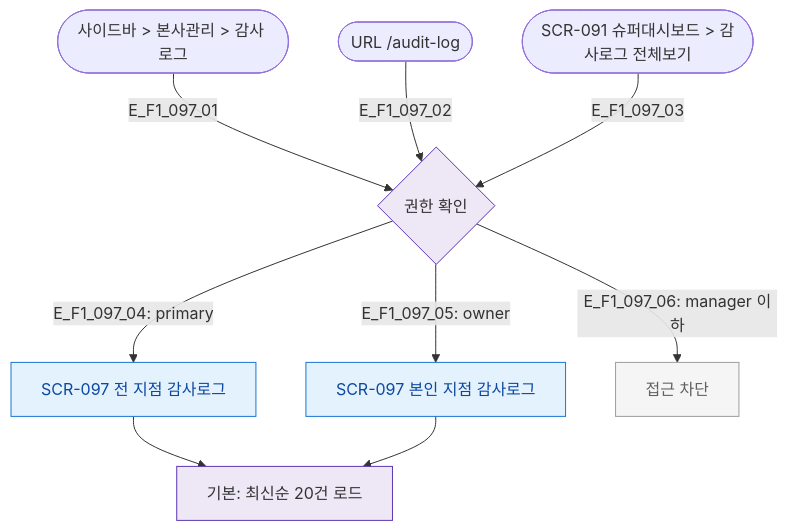
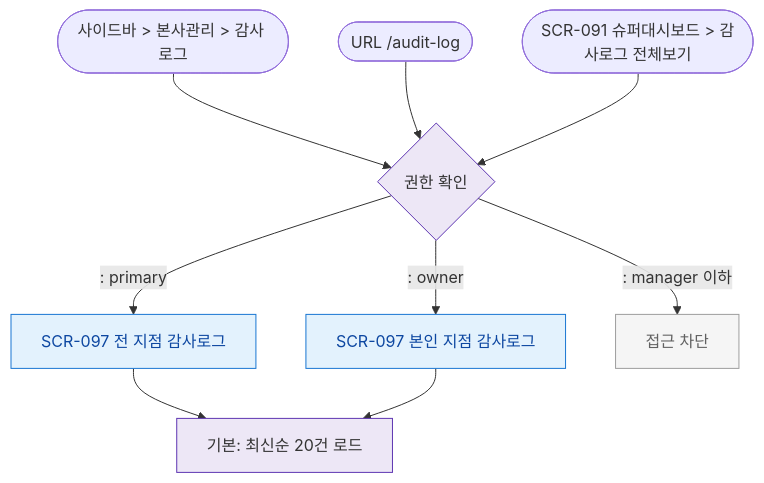
Before and after one commit to dev-spogym/admin-pando: the diagram in docs/다이어그램/D10_본사관리/SCR-097_감사로그/F1_진입.md, drawn with Mermaid. The commit also changed other lines of this file and 1660 other files, not shown here.

First line of the commit message:
다이어그램: 기획자/클라이언트 납품본으로 정리

````diff
--- a/docs/다이어그램/D10_본사관리/SCR-097_감사로그/F1_진입.md
+++ b/docs/다이어그램/D10_본사관리/SCR-097_감사로그/F1_진입.md
@@ -14,20 +12,20 @@
 ```mermaid
 flowchart TD
-  E1([사이드바 > 본사관리 > 감사 로그]) -->|E_F1_097_01| AuthCheck{권한 확인}
-  E2([URL /audit-log]) -->|E_F1_097_02| AuthCheck
-  E3([SCR-091 슈퍼대시보드 > 감사로그 전체보기]) -->|E_F1_097_03| AuthCheck
+  E1([사이드바 > 본사관리 > 감사 로그]) --> AuthCheck{권한 확인}
+  E2([URL /audit-log]) --> AuthCheck
+  E3([SCR-091 슈퍼대시보드 > 감사로그 전체보기]) --> AuthCheck
 
-  AuthCheck -->|"E_F1_097_04: primary"| SCR_097_Full[SCR-097 전 지점 감사로그]
-  AuthCheck -->|"E_F1_097_05: owner"| SCR_097_Branch[SCR-097 본인 지점 감사로그]
-  AuthCheck -->|"E_F1_097_06: manager 이하"| Blocked[접근 차단]
+  AuthCheck -->|": primary"|SCR_097_Full[SCR-097 전 지점 감사로그]
+  AuthCheck -->|": owner"|SCR_097_Branch[SCR-097 본인 지점 감사로그]
+  AuthCheck -->|": manager 이하"|Blocked[접근 차단]
 
   SCR_097_Full & SCR_097_Branch --> DefaultLoad[기본: 최신순 20건 로드]
 
   classDef screen fill:#E3F2FD,stroke:#1976D2,color:#0D47A1
   classDef system fill:#EDE7F6,stroke:#5E35B2
   classDef rbacBlocked fill:#F5F5F5,stroke:#9E9E9E,color:#616161
 
   class SCR_097_Full,SCR_097_Branch screen
   class AuthCheck,DefaultLoad system
   class Blocked rbacBlocked
 ```
````
